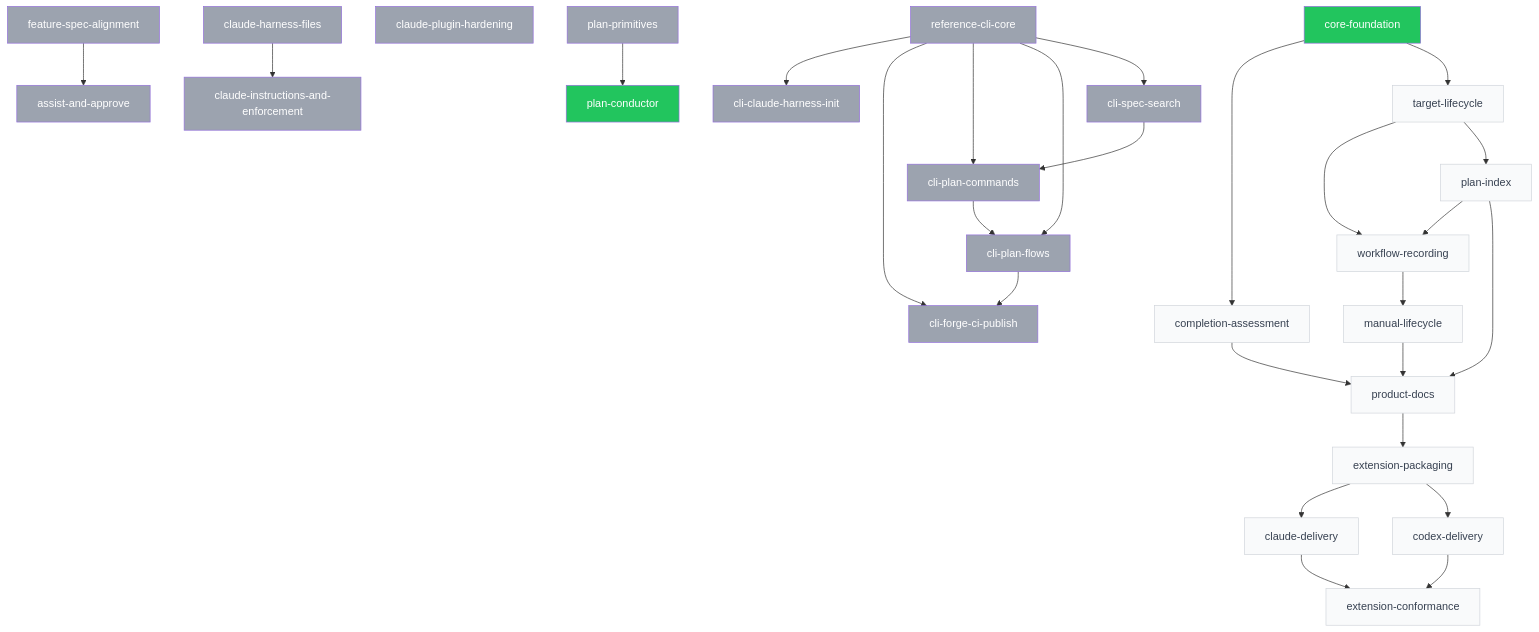
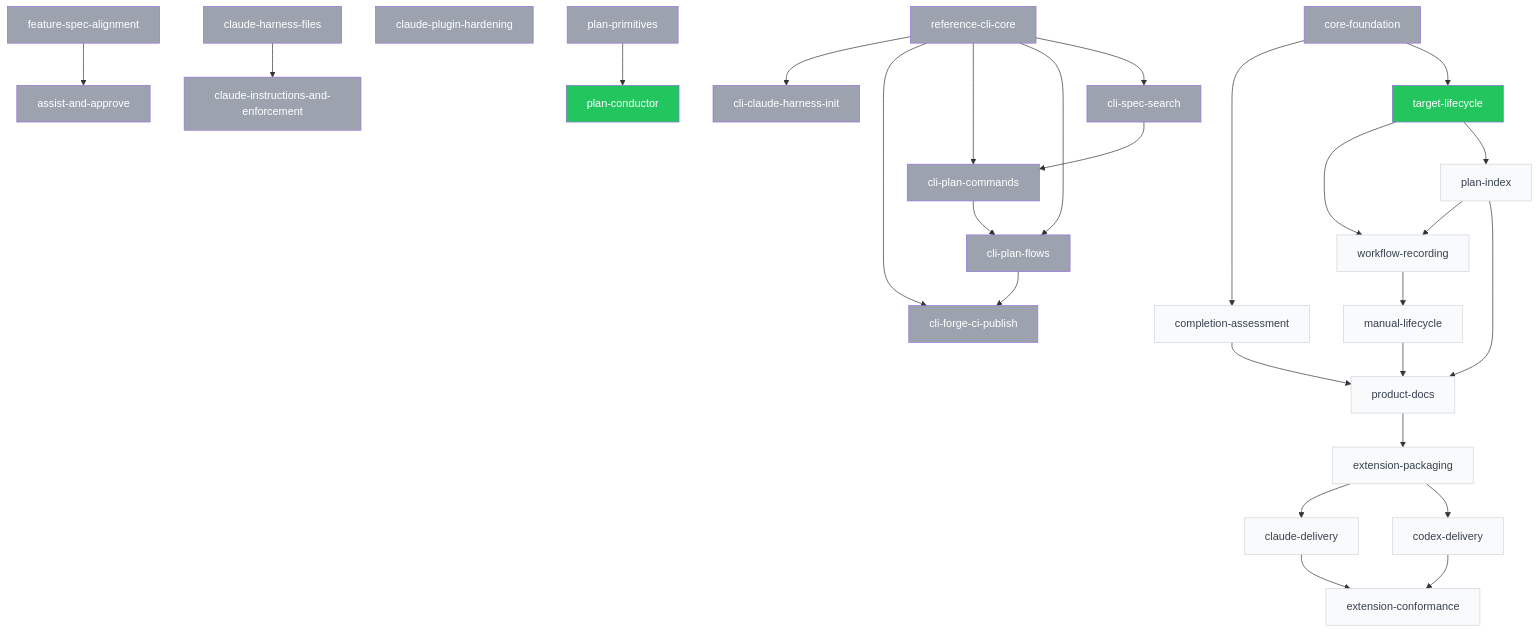
One commit to SpiralSky/specplane changed the diagram in plans/PLANS.md. Above: the diagram before and after it, drawn with Mermaid. The commit also changed other lines of this file and 1 other file, not shown here.

First line of the commit message:
docs(2026-11-02-target-lifecycle): approve plan

````diff
--- a/plans/PLANS.md
+++ b/plans/PLANS.md
@@ -41,59 +41,59 @@
 ```mermaid
 graph TD
     p_2026_10_28_reference_cli_core[reference-cli-core]:::done
     p_2026_10_29_assist_and_approve[assist-and-approve]:::done
     p_2026_10_29_claude_harness_files[claude-harness-files]:::done
     p_2026_10_29_claude_instructions_and_enforcement[claude-instructions-and-enforcement]:::done
     p_2026_10_29_claude_plugin_hardening[claude-plugin-hardening]:::done
     p_2026_10_29_cli_claude_harness_init[cli-claude-harness-init]:::done
     p_2026_10_29_cli_forge_ci_publish[cli-forge-ci-publish]:::done
     p_2026_10_29_cli_plan_commands[cli-plan-commands]:::done
     p_2026_10_29_cli_plan_flows[cli-plan-flows]:::done
     p_2026_10_29_cli_spec_search[cli-spec-search]:::done
     p_2026_10_29_feature_spec_alignment[feature-spec-alignment]:::done
     p_2026_10_30_plan_conductor[plan-conductor]:::ready
     p_2026_10_30_plan_primitives[plan-primitives]:::done
     p_2026_11_01_claude_delivery[claude-delivery]:::draft
     p_2026_11_01_codex_delivery[codex-delivery]:::draft
-    p_2026_11_01_core_foundation[core-foundation]:::ready
+    p_2026_11_01_core_foundation[core-foundation]:::done
     p_2026_11_01_extension_conformance[extension-conformance]:::draft
     p_2026_11_01_extension_packaging[extension-packaging]:::draft
     p_2026_11_01_manual_lifecycle[manual-lifecycle]:::draft
     p_2026_11_01_workflow_recording[workflow-recording]:::draft
     p_2026_11_02_completion_assessment[completion-assessment]:::draft
     p_2026_11_02_plan_index[plan-index]:::draft
     p_2026_11_02_product_docs[product-docs]:::draft
-    p_2026_11_02_target_lifecycle[target-lifecycle]:::draft
+    p_2026_11_02_target_lifecycle[target-lifecycle]:::ready
     p_2026_10_29_feature_spec_alignment --> p_2026_10_29_assist_and_approve
     p_2026_10_29_claude_harness_files --> p_2026_10_29_claude_instructions_and_enforcement
     p_2026_10_28_reference_cli_core --> p_2026_10_29_cli_claude_harness_init
     p_2026_10_28_reference_cli_core --> p_2026_10_29_cli_forge_ci_publish
     p_2026_10_29_cli_plan_flows --> p_2026_10_29_cli_forge_ci_publish
     p_2026_10_28_reference_cli_core --> p_2026_10_29_cli_plan_commands
     p_2026_10_29_cli_spec_search --> p_2026_10_29_cli_plan_commands
     p_2026_10_28_reference_cli_core --> p_2026_10_29_cli_plan_flows
     p_2026_10_29_cli_plan_commands --> p_2026_10_29_cli_plan_flows
     p_2026_10_28_reference_cli_core --> p_2026_10_29_cli_spec_search
     p_2026_10_30_plan_primitives --> p_2026_10_30_plan_conductor
     p_2026_11_01_extension_packaging --> p_2026_11_01_claude_delivery
     p_2026_11_01_extension_packaging --> p_2026_11_01_codex_delivery
     p_2026_11_01_claude_delivery --> p_2026_11_01_extension_conformance
     p_2026_11_01_codex_delivery --> p_2026_11_01_extension_conformance
     p_2026_11_02_product_docs --> p_2026_11_01_extension_packaging
     p_2026_11_01_workflow_recording --> p_2026_11_01_manual_lifecycle
     p_2026_11_02_plan_index --> p_2026_11_01_workflow_recording
     p_2026_11_02_target_lifecycle --> p_2026_11_01_workflow_recording
     p_2026_11_01_core_foundation --> p_2026_11_02_completion_assessment
     p_2026_11_02_target_lifecycle --> p_2026_11_02_plan_index
     p_2026_11_01_manual_lifecycle --> p_2026_11_02_product_docs
     p_2026_11_02_completion_assessment --> p_2026_11_02_product_docs
     p_2026_11_02_plan_index --> p_2026_11_02_product_docs
     p_2026_11_01_core_foundation --> p_2026_11_02_target_lifecycle
     classDef draft fill:#f9fafb,color:#374151,stroke:#d1d5db
     classDef ready fill:#22c55e,color:#fff
     classDef blocked fill:#ef4444,color:#fff
     classDef in_progress fill:#3b82f6,color:#fff
     classDef review fill:#60a5fa,color:#fff
     classDef done fill:#9ca3af,color:#fff
     classDef abandoned fill:#9ca3af,color:#fff,text-decoration:line-through
 ```
````
